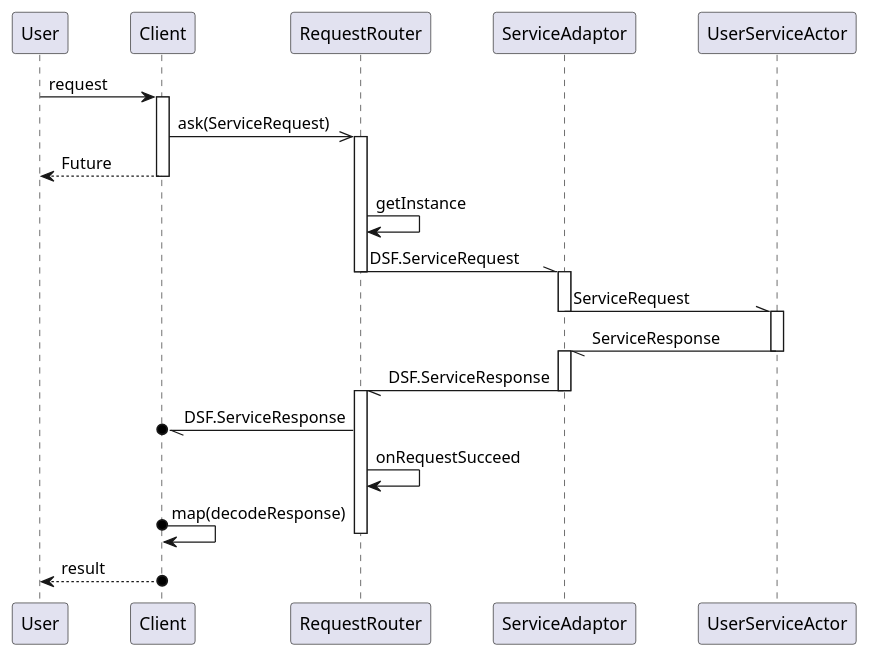
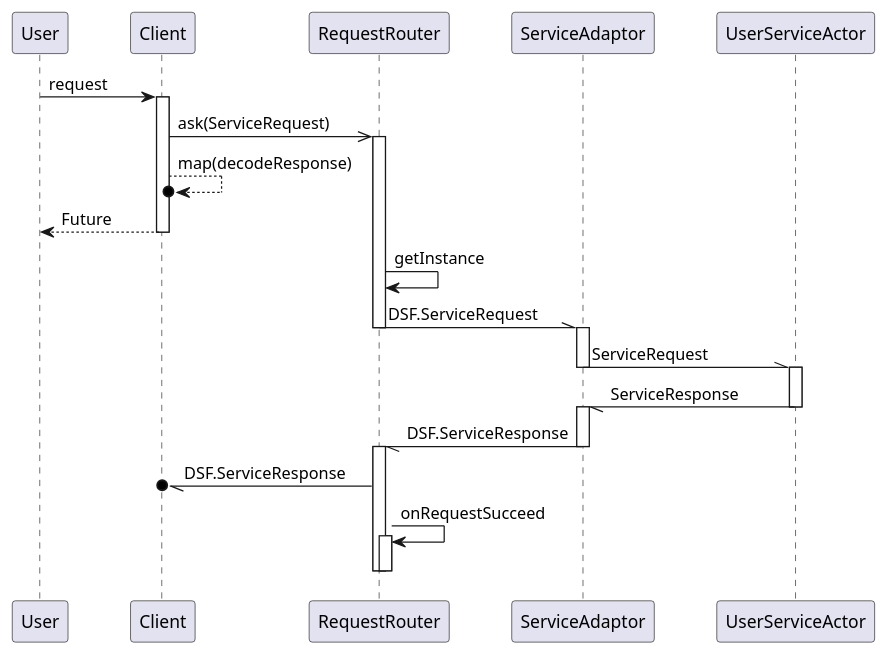
The diagram in aregister/src/main/puml/request.puml (arksea/aregister), drawn with PlantUML before and after one commit. The commit also changed 1 other file, not shown here.

Commit message:
修改序列图

```diff
--- a/aregister/src/main/puml/request.puml
+++ b/aregister/src/main/puml/request.puml
@@ -1,35 +1,36 @@
 @startuml
 skinparam ParticipantPadding 20
 skinparam BoxPadding 20
 
 participant User
 participant Client
 participant RequestRouter
 
 User -> Client: request
 activate Client
 Client ->> RequestRouter: ask(ServiceRequest)
 activate RequestRouter
+Client -->o Client: map(decodeResponse)
 User <-- Client: Future
 deactivate Client
 RequestRouter -> RequestRouter : getInstance
 RequestRouter -\\ ServiceAdaptor: DSF.ServiceRequest
 deactivate RequestRouter
 activate ServiceAdaptor
 ServiceAdaptor -\\ UserServiceActor: ServiceRequest
 deactivate ServiceAdaptor
 activate UserServiceActor
 UserServiceActor -// ServiceAdaptor: ServiceResponse
 deactivate UserServiceActor
 activate ServiceAdaptor
 ServiceAdaptor -// RequestRouter: DSF.ServiceResponse
 deactivate ServiceAdaptor
 activate RequestRouter
 RequestRouter -//o Client: DSF.ServiceResponse
 RequestRouter -> RequestRouter: onRequestSucceed
+activate RequestRouter
+deactivate RequestRouter
+deactivate RequestRouter
 
-Client o-> Client: map(decodeResponse)
-deactivate RequestRouter
-Client o--> User: result
 
 @enduml
```
